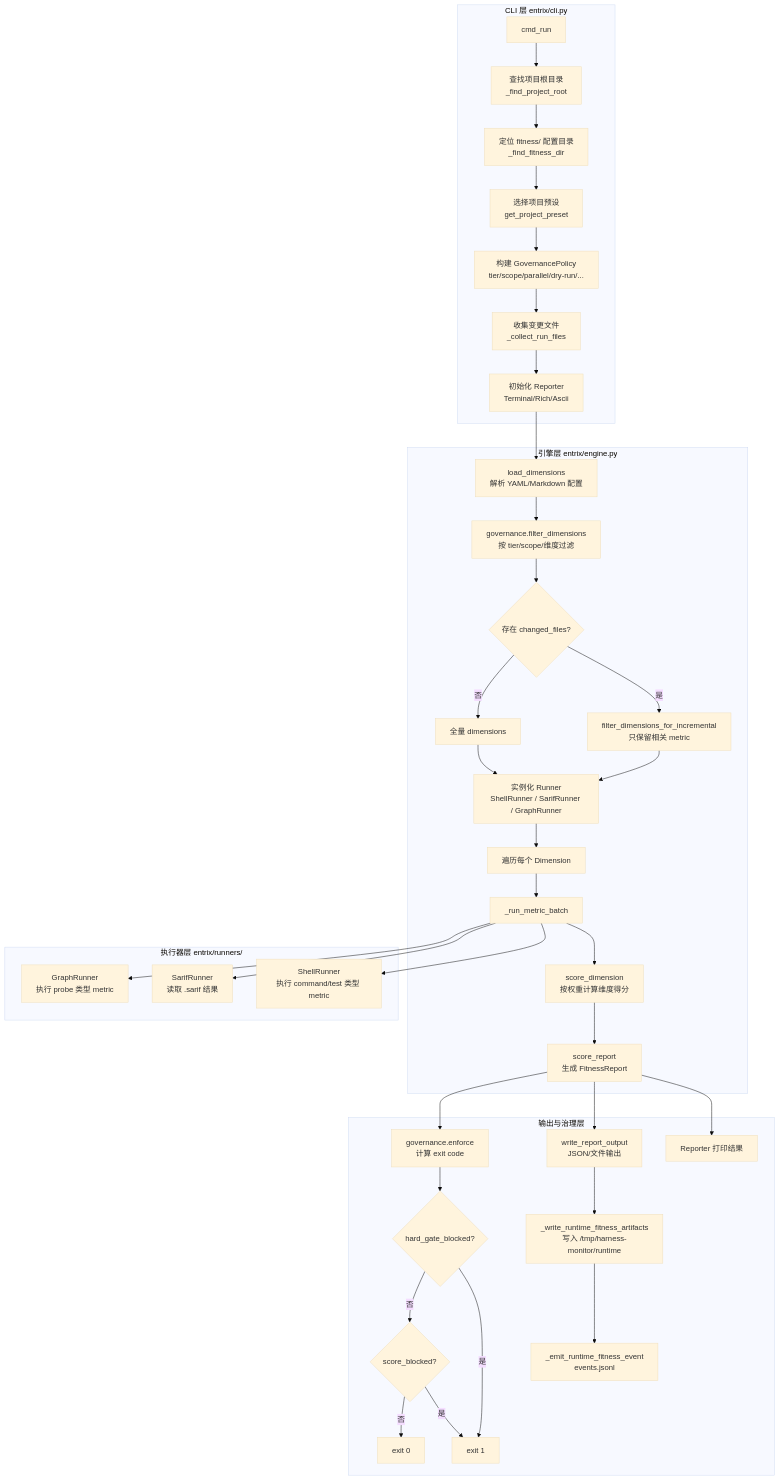
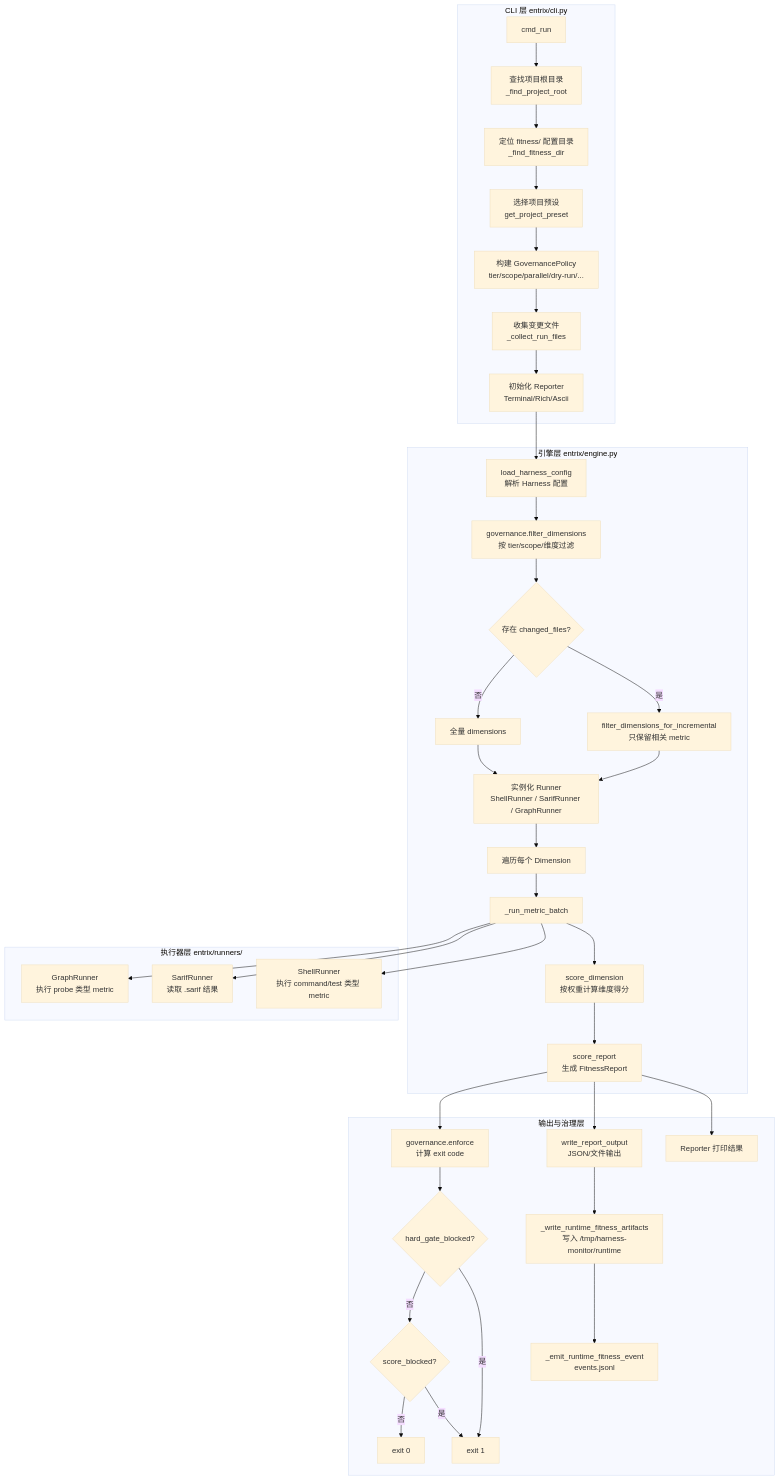
One commit to duxvfeng/entrix changed the second of 8 diagrams in docs/execution-flow.md. Above: the diagram before and after it, drawn with Mermaid (base theme). The commit also changed 72 other files, not shown here.

````diff
--- a/docs/execution-flow.md
+++ b/docs/execution-flow.md
@@ -27,44 +27,44 @@
 ```mermaid
 flowchart TD
     subgraph CLI["CLI 层 entrix/cli.py"]
         R1[cmd_run] --> R2[查找项目根目录<br/>_find_project_root]
         R2 --> R3[定位 fitness/ 配置目录<br/>_find_fitness_dir]
         R3 --> R4[选择项目预设<br/>get_project_preset]
         R4 --> R5[构建 GovernancePolicy<br/>tier/scope/parallel/dry-run/...]
         R5 --> R6[收集变更文件<br/>_collect_run_files]
         R6 --> R7[初始化 Reporter<br/>Terminal/Rich/Ascii]
     end
 
     subgraph Engine["引擎层 entrix/engine.py"]
-        R7 --> E1[load_dimensions<br/>解析 YAML/Markdown 配置]
+        R7 --> E1[load_harness_config<br/>解析 Harness 配置]
         E1 --> E2[governance.filter_dimensions<br/>按 tier/scope/维度过滤]
         E2 --> E3{存在 changed_files?}
         E3 -->|是| E4[filter_dimensions_for_incremental<br/>只保留相关 metric]
         E3 -->|否| E5[全量 dimensions]
         E4 --> E6[实例化 Runner<br/>ShellRunner / SarifRunner / GraphRunner]
         E5 --> E6
         E6 --> E7[遍历每个 Dimension]
         E7 --> E8[_run_metric_batch]
         E8 --> E9[score_dimension<br/>按权重计算维度得分]
         E9 --> E10[score_report<br/>生成 FitnessReport]
     end
 
     subgraph Runners["执行器层 entrix/runners/"]
         E8 --> S1[ShellRunner<br/>执行 command/test 类型 metric]
         E8 --> S2[SarifRunner<br/>读取 .sarif 结果]
         E8 --> S3[GraphRunner<br/>执行 probe 类型 metric]
     end
 
     subgraph Output["输出与治理层"]
         E10 --> O1[Reporter 打印结果]
         E10 --> O2[write_report_output<br/>JSON/文件输出]
         E10 --> O3[governance.enforce<br/>计算 exit code]
         O3 --> O4{hard_gate_blocked?}
         O4 -->|是| O5[exit 1]
         O4 -->|否| O6{score_blocked?}
         O6 -->|是| O5
         O6 -->|否| O7[exit 0]
         O2 --> O8[_write_runtime_fitness_artifacts<br/>写入 /tmp/harness-monitor/runtime]
         O8 --> O9[_emit_runtime_fitness_event<br/>events.jsonl]
     end
 ```
````
